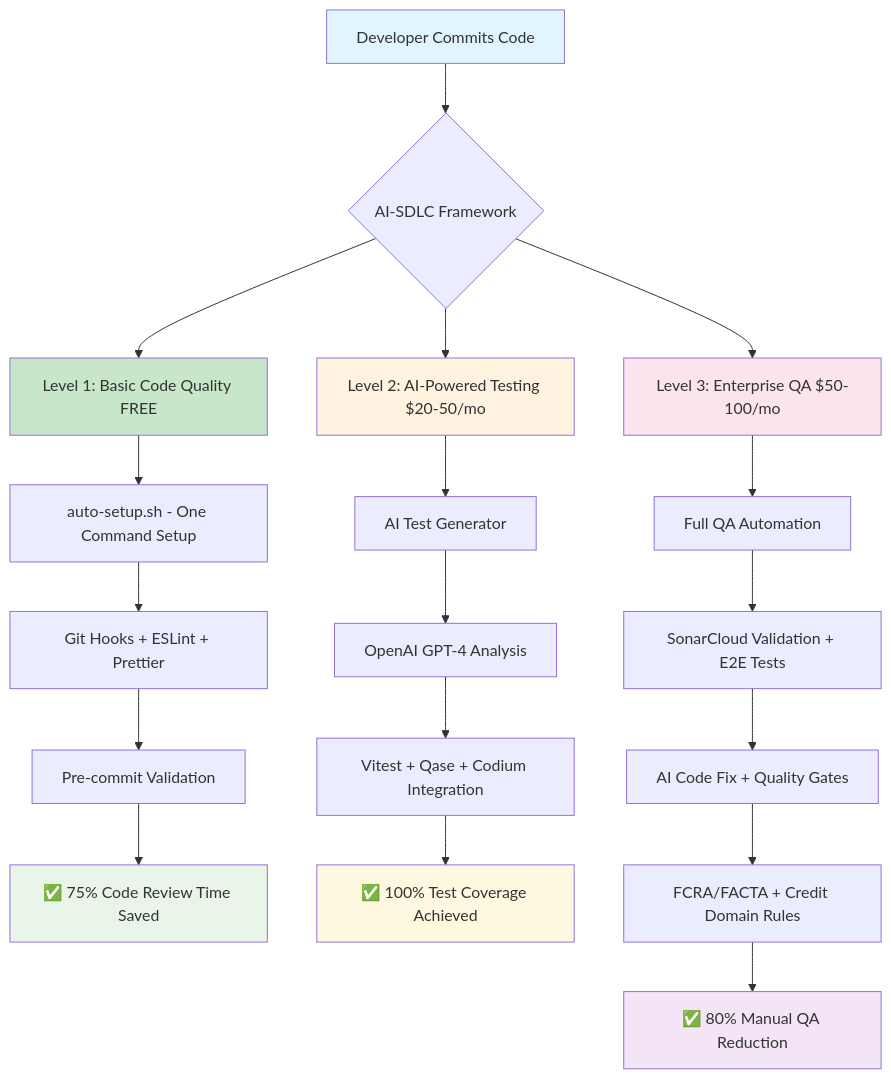
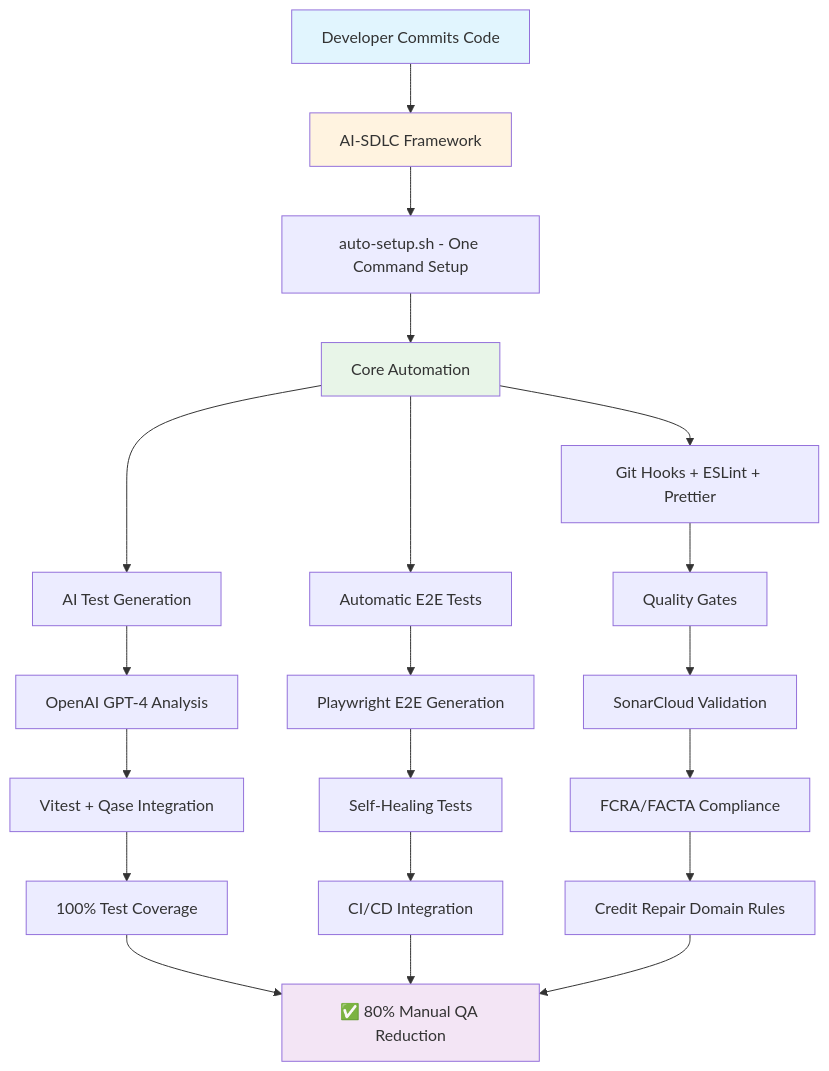
One commit to nydamon/ai-sdlc-docs changed the first of 2 diagrams in docs/architecture-simplified.md. Above: the diagram before and after it, drawn with Mermaid. The commit also changed other lines of this file and 42 other files, not shown here.

````diff
--- a/docs/architecture-simplified.md
+++ b/docs/architecture-simplified.md
@@ -9,32 +9,32 @@
 ```mermaid
 graph TD
-    A[Developer Commits Code] --> B{AI-SDLC Framework}
-
-    B --> L1[Level 1: Basic Code Quality FREE]
-    B --> L2[Level 2: AI-Powered Testing $20-50/mo]
-    B --> L3[Level 3: Enterprise QA $50-100/mo]
-
-    L1 --> C[auto-setup.sh - One Command Setup]
-    C --> D[Git Hooks + ESLint + Prettier]
-    D --> E[Pre-commit Validation]
-    E --> R1[✅ 75% Code Review Time Saved]
-
-    L2 --> F[AI Test Generator]
-    F --> G[OpenAI GPT-4 Analysis]
-    G --> H[Vitest + Qase + Codium Integration]
-    H --> R2[✅ 100% Test Coverage Achieved]
-
-    L3 --> I[Full QA Automation]
-    I --> J[SonarCloud Validation + E2E Tests]
-    J --> SC[AI Code Fix + Quality Gates]
-    SC --> K[FCRA/FACTA + Credit Domain Rules]
-    K --> R3[✅ 80% Manual QA Reduction]
-
+    A[Developer Commits Code] --> B[AI-SDLC Framework]
+    B --> C[auto-setup.sh - One Command Setup]
+    
+    C --> D[Core Automation]
+    D --> E[Git Hooks + ESLint + Prettier]
+    D --> F[AI Test Generation]
+    D --> G[Automatic E2E Tests]
+    
+    F --> H[OpenAI GPT-4 Analysis]
+    H --> I[Vitest + Qase Integration]
+    I --> J[100% Test Coverage]
+    
+    G --> K[Playwright E2E Generation]
+    K --> L[Self-Healing Tests]
+    L --> M[CI/CD Integration]
+    
+    E --> N[Quality Gates]
+    N --> O[SonarCloud Validation]
+    O --> P[FCRA/FACTA Compliance]
+    P --> Q[Credit Repair Domain Rules]
+    
+    J --> R[✅ 80% Manual QA Reduction]
+    M --> R
+    Q --> R
+    
     style A fill:#e1f5fe
-    style L1 fill:#c8e6c9
-    style L2 fill:#fff3e0
-    style L3 fill:#fce4ec
-    style R1 fill:#e8f5e8
-    style R2 fill:#fff8e1
-    style R3 fill:#f3e5f5
+    style B fill:#fff3e0
+    style D fill:#e8f5e8
+    style R fill:#f3e5f5
 ```
````
